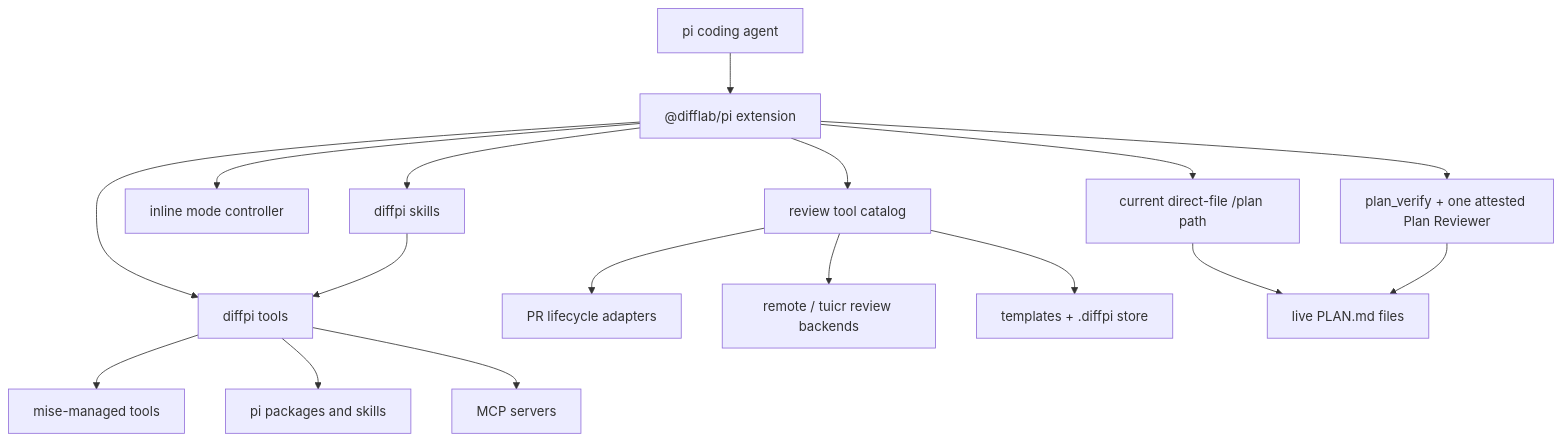
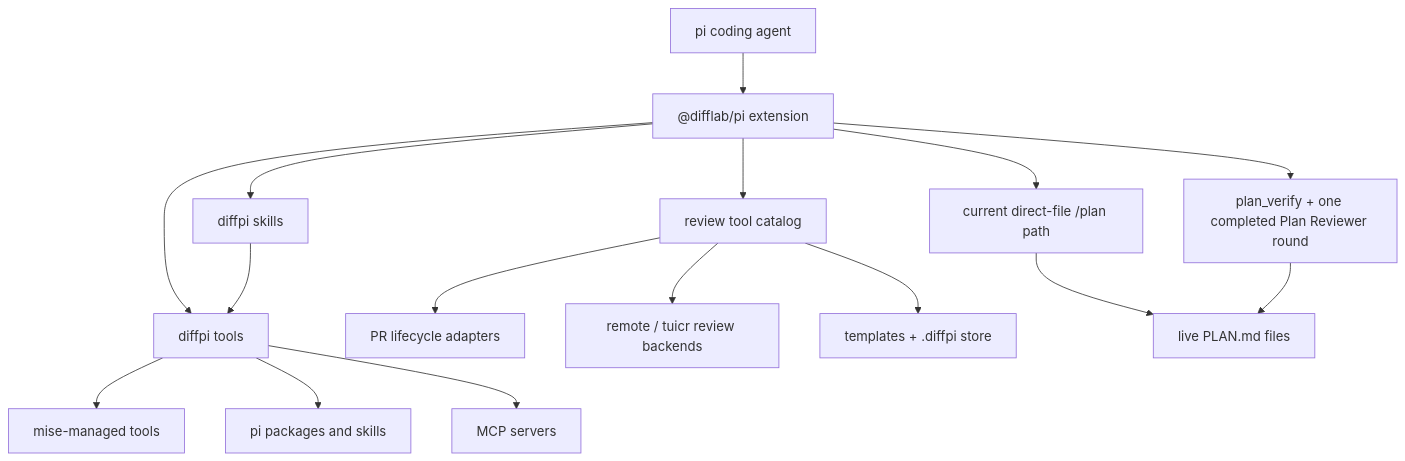
One commit to difflab-io/diffpi changed the diagram in docs/architecture/index.md. Above: the diagram before and after it, drawn with Mermaid. The commit also changed other lines of this file and 69 other files, not shown here.

````diff
--- a/docs/architecture/index.md
+++ b/docs/architecture/index.md
@@ -32,19 +31,18 @@
 ```mermaid
 graph TD
     Pi["pi coding agent"] --> Extension["@difflab/pi extension"]
     Extension --> Tools["diffpi tools"]
     Extension --> Skills["diffpi skills"]
-    Extension --> Modes["inline mode controller"]
     Extension --> Review["review tool catalog"]
     Extension --> PlanCurrent["current direct-file /plan path"]
-    Extension --> PlanTarget["plan_verify + one attested Plan Reviewer"]
+    Extension --> PlanTarget["plan_verify + one completed Plan Reviewer round"]
     Skills --> Tools
     Review --> Forge["PR lifecycle adapters"]
     Review --> Backends["remote / tuicr review backends"]
     Review --> Store["templates + .diffpi store"]
     PlanCurrent --> Files["live PLAN.md files"]
     PlanTarget --> Files
     Tools --> Mise["mise-managed tools"]
     Tools --> Packages["pi packages and skills"]
     Tools --> MCP["MCP servers"]
 ```
````
